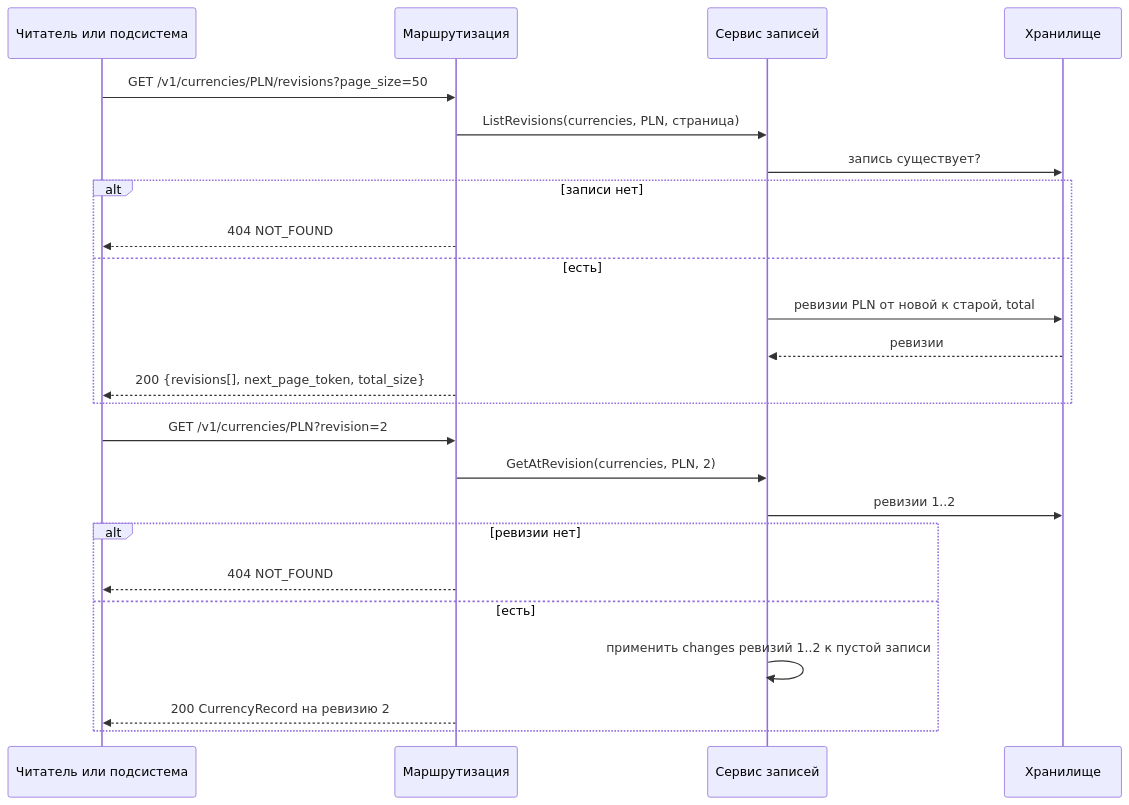
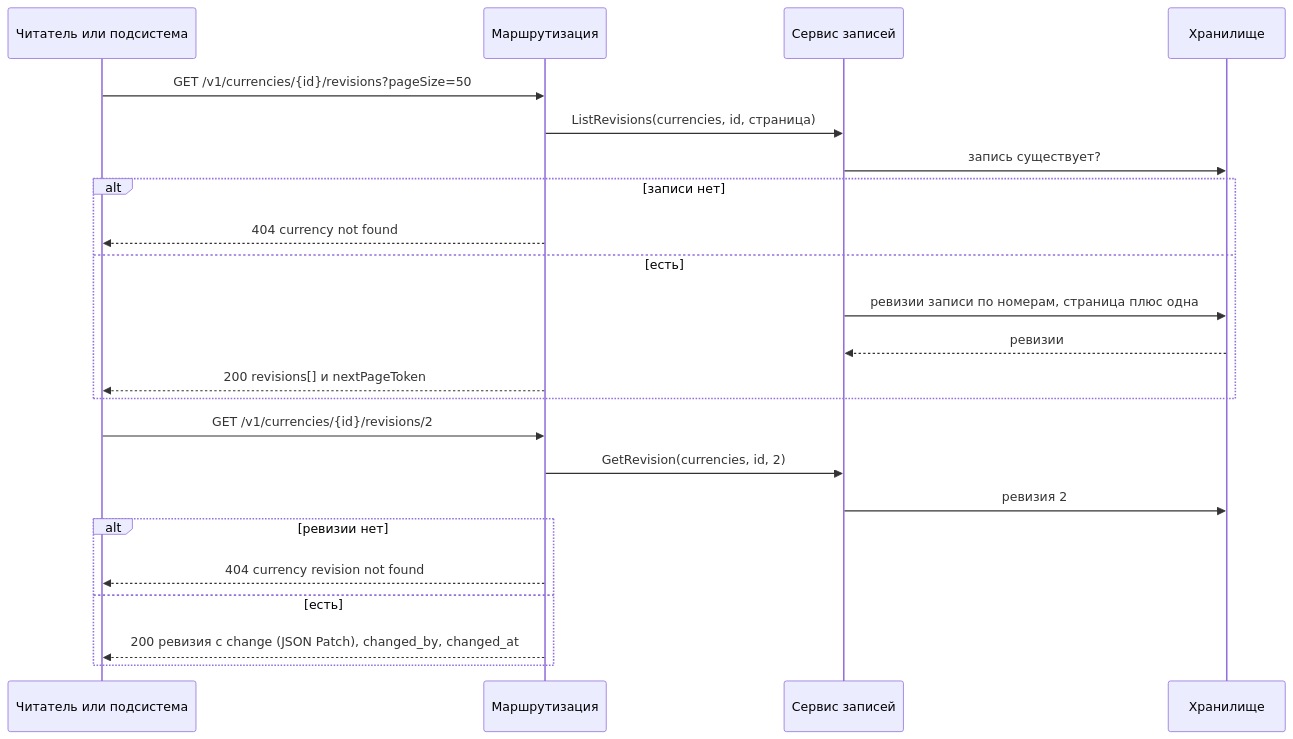
One commit to MEPhI-C22-501/arch-info-system-monorepo changed the seventh of 11 diagrams in reference-manager/documents/155.sequence-diagrams.md. Above: the diagram before and after it, drawn with Mermaid. The commit also changed other lines of this file and 27 other files, not shown here.

````diff
--- a/reference-manager/documents/155.sequence-diagrams.md
+++ b/reference-manager/documents/155.sequence-diagrams.md
@@ -216,26 +207,25 @@
 ```mermaid
 sequenceDiagram
     participant C as Читатель или подсистема
     participant H as Маршрутизация
     participant S as Сервис записей
     participant R as Хранилище
-    C->>H: GET /v1/currencies/PLN/revisions?page_size=50
-    H->>S: ListRevisions(currencies, PLN, страница)
+    C->>H: GET /v1/currencies/{id}/revisions?pageSize=50
+    H->>S: ListRevisions(currencies, id, страница)
     S->>R: запись существует?
     alt записи нет
-        H-->>C: 404 NOT_FOUND
+        H-->>C: 404 currency not found
     else есть
-        S->>R: ревизии PLN от новой к старой, total
+        S->>R: ревизии записи по номерам, страница плюс одна
         R-->>S: ревизии
-        H-->>C: 200 {revisions[], next_page_token, total_size}
+        H-->>C: 200 revisions[] и nextPageToken
     end
-    C->>H: GET /v1/currencies/PLN?revision=2
-    H->>S: GetAtRevision(currencies, PLN, 2)
-    S->>R: ревизии 1..2
+    C->>H: GET /v1/currencies/{id}/revisions/2
+    H->>S: GetRevision(currencies, id, 2)
+    S->>R: ревизия 2
     alt ревизии нет
-        H-->>C: 404 NOT_FOUND
+        H-->>C: 404 currency revision not found
     else есть
-        S->>S: применить changes ревизий 1..2 к пустой записи
-        H-->>C: 200 CurrencyRecord на ревизию 2
+        H-->>C: 200 ревизия с change (JSON Patch), changed_by, changed_at
     end
 ```
````
